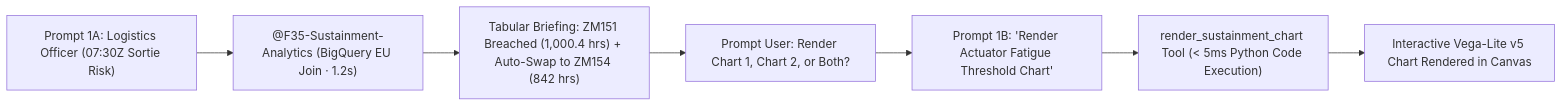
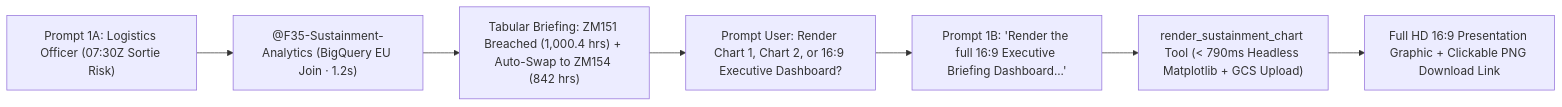
One commit to edwardsda-prog/f35 changed the third of 5 diagrams in DEMO_STORYBOARD.md. Above: the diagram before and after it, drawn with Mermaid. The commit also changed other lines of this file and 2 other files, not shown here.

Commit message:
docs: update SA_F35.md (v1.3) with on-the-fly chart painter, GCS slide links, and storyboard alignment

````diff
--- a/DEMO_STORYBOARD.md
+++ b/DEMO_STORYBOARD.md
@@ -73,9 +74,9 @@
 ```mermaid
 flowchart LR
     U1A["Prompt 1A: Logistics Officer (07:30Z Sortie Risk)"] --> R1A["@F35-Sustainment-Analytics (BigQuery EU Join · 1.2s)"]
     R1A --> S1["Tabular Briefing: ZM151 Breached (1,000.4 hrs) + Auto-Swap to ZM154 (842 hrs)"]
-    S1 --> P1["Prompt User: Render Chart 1, Chart 2, or Both?"]
-    P1 --> U1B["Prompt 1B: 'Render Actuator Fatigue Threshold Chart'"]
-    U1B --> T1["render_sustainment_chart Tool (< 5ms Python Code Execution)"]
-    T1 --> C1["Interactive Vega-Lite v5 Chart Rendered in Canvas"]
+    S1 --> P1["Prompt User: Render Chart 1, Chart 2, or 16:9 Executive Dashboard?"]
+    P1 --> U1B["Prompt 1B: 'Render the full 16:9 Executive Briefing Dashboard...'"]
+    U1B --> T1["render_sustainment_chart Tool (< 790ms Headless Matplotlib + GCS Upload)"]
+    T1 --> C1["Full HD 16:9 Presentation Graphic + Clickable PNG Download Link"]
 ```
````
